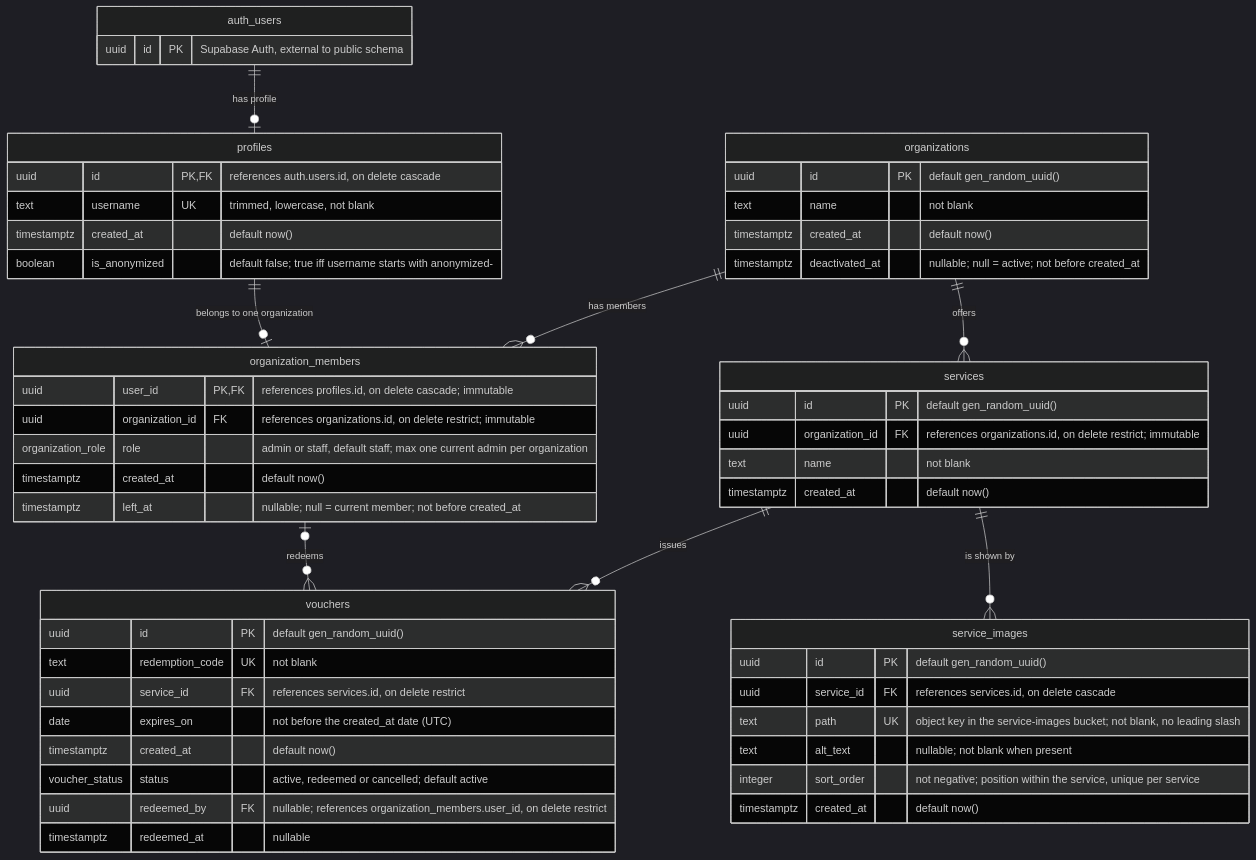
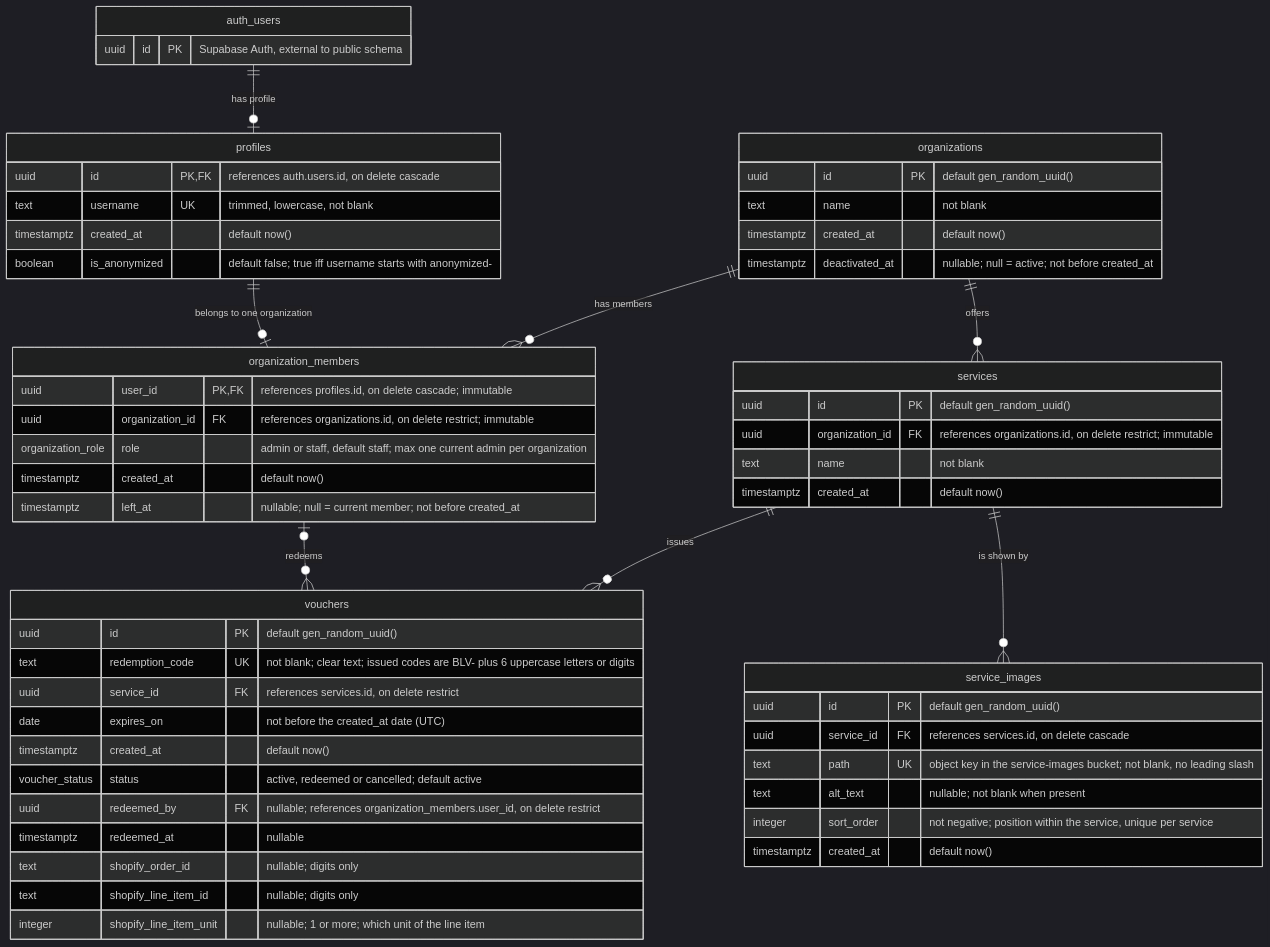
Before and after one commit to AchoDanailov/PartnersHub: the diagram in docs/ERD.md, drawn with Mermaid (dark theme). The commit also changed other lines of this file and 37 other files, not shown here.

````diff
--- a/docs/ERD.md
+++ b/docs/ERD.md
@@ -9,63 +10,66 @@
 ```mermaid
 erDiagram
     auth_users ||--o| profiles : "has profile"
     profiles ||--o| organization_members : "belongs to one organization"
     organizations ||--o{ organization_members : "has members"
     organizations ||--o{ services : "offers"
     services ||--o{ vouchers : "issues"
     services ||--o{ service_images : "is shown by"
     organization_members |o--o{ vouchers : "redeems"
 
     auth_users {
         uuid id PK "Supabase Auth, external to public schema"
     }
 
     profiles {
         uuid id PK, FK "references auth.users.id, on delete cascade"
         text username UK "trimmed, lowercase, not blank"
         timestamptz created_at "default now()"
         boolean is_anonymized "default false; true iff username starts with anonymized-"
     }
 
     organizations {
         uuid id PK "default gen_random_uuid()"
         text name "not blank"
         timestamptz created_at "default now()"
         timestamptz deactivated_at "nullable; null = active; not before created_at"
     }
 
     organization_members {
         uuid user_id PK, FK "references profiles.id, on delete cascade; immutable"
         uuid organization_id FK "references organizations.id, on delete restrict; immutable"
         organization_role role "admin or staff, default staff; max one current admin per organization"
         timestamptz created_at "default now()"
         timestamptz left_at "nullable; null = current member; not before created_at"
     }
 
     services {
         uuid id PK "default gen_random_uuid()"
         uuid organization_id FK "references organizations.id, on delete restrict; immutable"
         text name "not blank"
         timestamptz created_at "default now()"
     }
 
     vouchers {
         uuid id PK "default gen_random_uuid()"
-        text redemption_code UK "not blank"
+        text redemption_code UK "not blank; clear text; issued codes are BLV- plus 6 uppercase letters or digits"
         uuid service_id FK "references services.id, on delete restrict"
         date expires_on "not before the created_at date (UTC)"
         timestamptz created_at "default now()"
         voucher_status status "active, redeemed or cancelled; default active"
         uuid redeemed_by FK "nullable; references organization_members.user_id, on delete restrict"
         timestamptz redeemed_at "nullable"
+        text shopify_order_id "nullable; digits only"
+        text shopify_line_item_id "nullable; digits only"
+        integer shopify_line_item_unit "nullable; 1 or more; which unit of the line item"
     }
 
     service_images {
         uuid id PK "default gen_random_uuid()"
         uuid service_id FK "references services.id, on delete cascade"
         text path UK "object key in the service-images bucket; not blank, no leading slash"
         text alt_text "nullable; not blank when present"
         integer sort_order "not negative; position within the service, unique per service"
         timestamptz created_at "default now()"
     }
 ```
````
